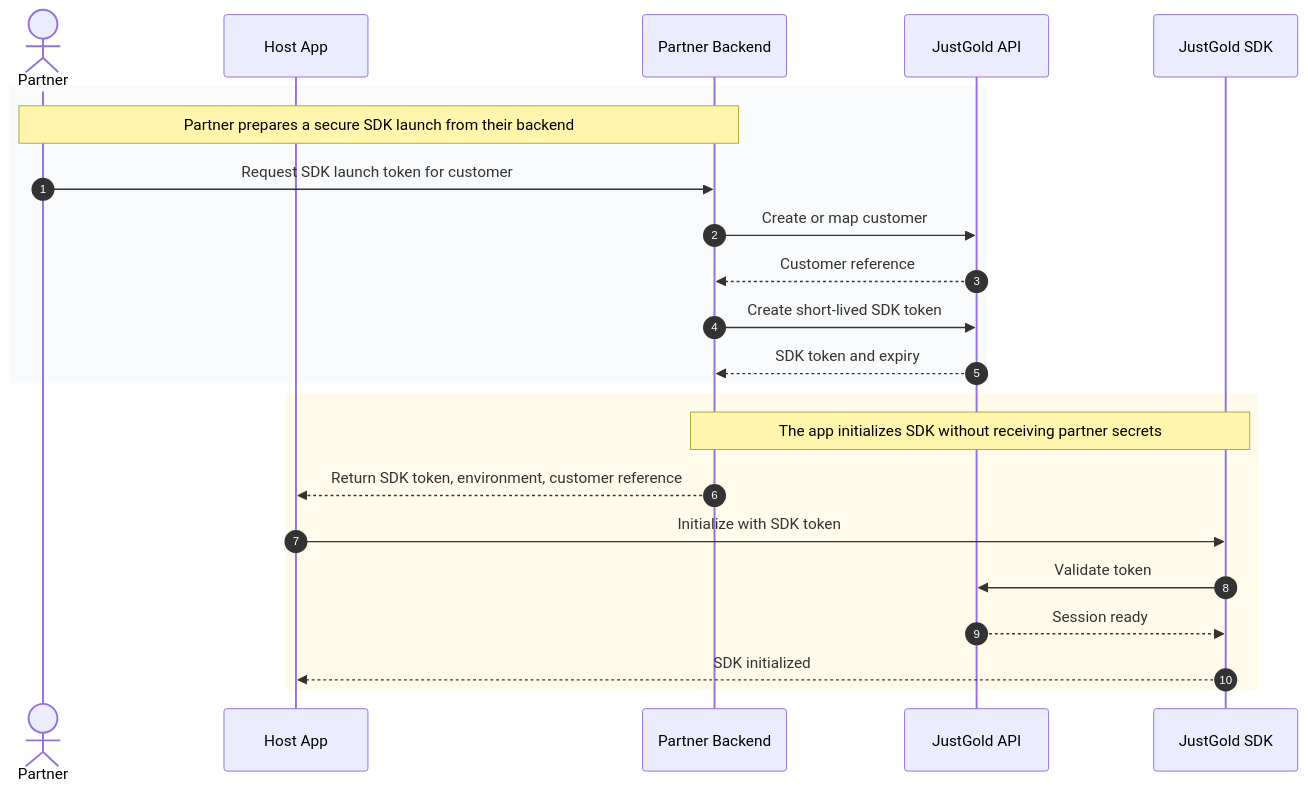
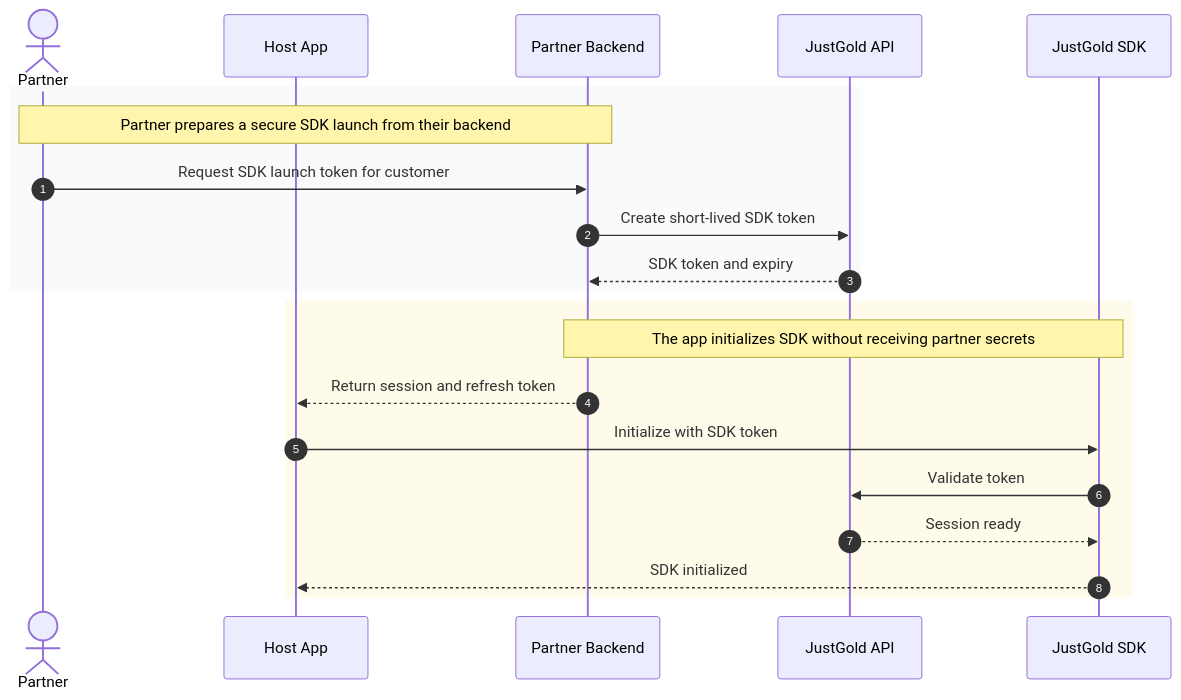
One commit to Just-Gold-JG/docs changed the first of 4 diagrams in sdk/overview.md. Above: the diagram before and after it, drawn with Mermaid. The commit also changed 1 other file, not shown here.

Commit message:
Session token

````diff
--- a/sdk/overview.md
+++ b/sdk/overview.md
@@ -23,27 +23,25 @@
 ```mermaid
 sequenceDiagram
     autonumber
     actor Partner as Partner
     participant Host as Host App
     participant Backend as Partner Backend
     participant JG as JustGold API
     participant SDK as JustGold SDK
 
     rect rgb(248, 250, 252)
         Note over Partner,Backend: Partner prepares a secure SDK launch from their backend
         Partner->>Backend: Request SDK launch token for customer
-        Backend->>JG: Create or map customer
-        JG-->>Backend: Customer reference
         Backend->>JG: Create short-lived SDK token
         JG-->>Backend: SDK token and expiry
     end
 
     rect rgb(255, 251, 235)
         Note over Backend,SDK: The app initializes SDK without receiving partner secrets
-        Backend-->>Host: Return SDK token, environment, customer reference
+        Backend-->>Host: Return session and refresh token
         Host->>SDK: Initialize with SDK token
         SDK->>JG: Validate token
         JG-->>SDK: Session ready
         SDK-->>Host: SDK initialized
     end
 ```
````
